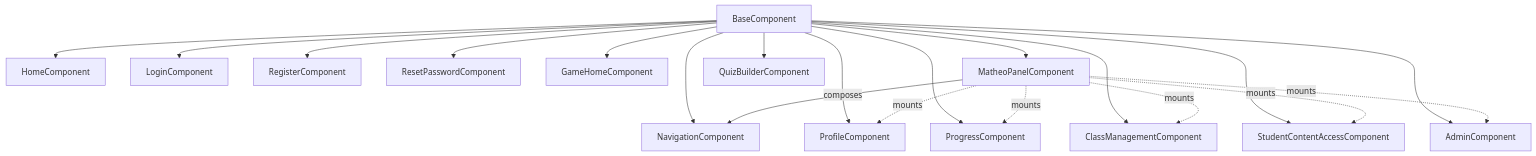
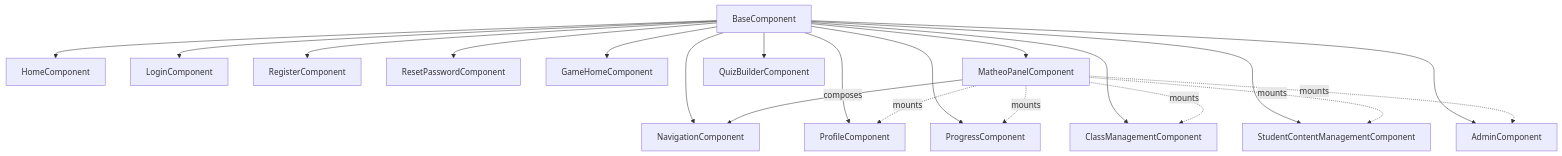
One commit to Vassili-REGNIER/matheopolis changed the diagram in .ai/architecture/frontend/ui-components.md. Above: the diagram before and after it, drawn with Mermaid. The commit also changed other lines of this file and 4 other files, not shown here.

First line of the commit message:
refactor: rename StudentContentAccessComponent to StudentContentManagementComponent

````diff
--- a/.ai/architecture/frontend/ui-components.md
+++ b/.ai/architecture/frontend/ui-components.md
@@ -55,22 +55,22 @@
 ```mermaid
 flowchart TD
   BaseComponent --> HomeComponent
   BaseComponent --> LoginComponent
   BaseComponent --> RegisterComponent
   BaseComponent --> ResetPasswordComponent
   BaseComponent --> GameHomeComponent
   BaseComponent --> MatheoPanelComponent
   BaseComponent --> NavigationComponent
   BaseComponent --> ProfileComponent
   BaseComponent --> ProgressComponent
   BaseComponent --> ClassManagementComponent
-  BaseComponent --> StudentContentAccessComponent
+  BaseComponent --> StudentContentManagementComponent
   BaseComponent --> QuizBuilderComponent
   BaseComponent --> AdminComponent
   MatheoPanelComponent -->|composes| NavigationComponent
   MatheoPanelComponent -.->|mounts| ProfileComponent
   MatheoPanelComponent -.->|mounts| ProgressComponent
   MatheoPanelComponent -.->|mounts| ClassManagementComponent
-  MatheoPanelComponent -.->|mounts| StudentContentAccessComponent
+  MatheoPanelComponent -.->|mounts| StudentContentManagementComponent
   MatheoPanelComponent -.->|mounts| AdminComponent
 ```
````
